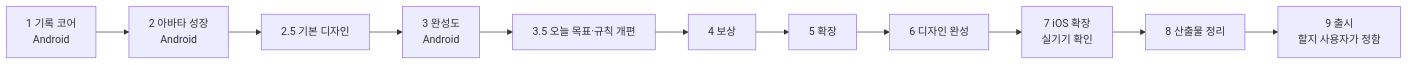
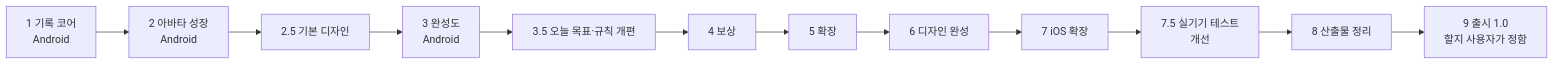
Before and after one commit to dhkim1522/runmagochi: the diagram in docs/roadmap.md, drawn with Mermaid. The commit also changed other lines of this file and 3 other files, not shown here.

````diff
--- a/docs/roadmap.md
+++ b/docs/roadmap.md
@@ -13,13 +13,14 @@
 ```mermaid
 flowchart LR
     P1["1 기록 코어<br/>Android"] --> P2["2 아바타 성장<br/>Android"]
     P2 --> P25["2.5 기본 디자인"]
     P25 --> P3["3 완성도<br/>Android"]
     P3 --> P35["3.5 오늘 목표·규칙 개편"]
     P35 --> P4["4 보상"]
     P4 --> P5["5 확장"]
     P5 --> P6["6 디자인 완성"]
-    P6 --> P7["7 iOS 확장<br/>실기기 확인"]
-    P7 --> P8["8 산출물 정리"]
-    P8 --> P9["9 출시<br/>할지 사용자가 정함"]
+    P6 --> P7["7 iOS 확장"]
+    P7 --> P75["7.5 실기기 테스트<br/>개선"]
+    P75 --> P8["8 산출물 정리"]
+    P8 --> P9["9 출시 1.0<br/>할지 사용자가 정함"]
 ```
````
